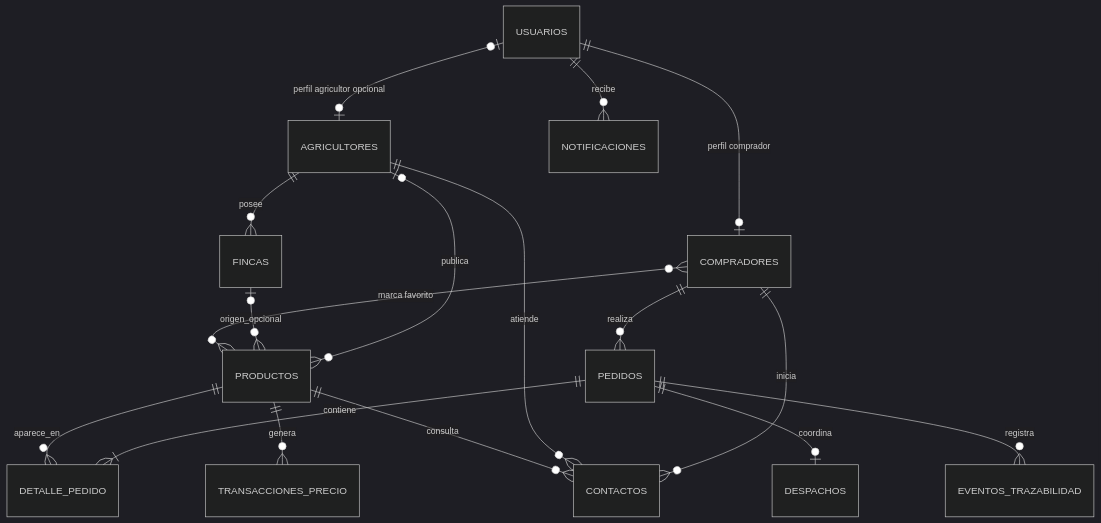
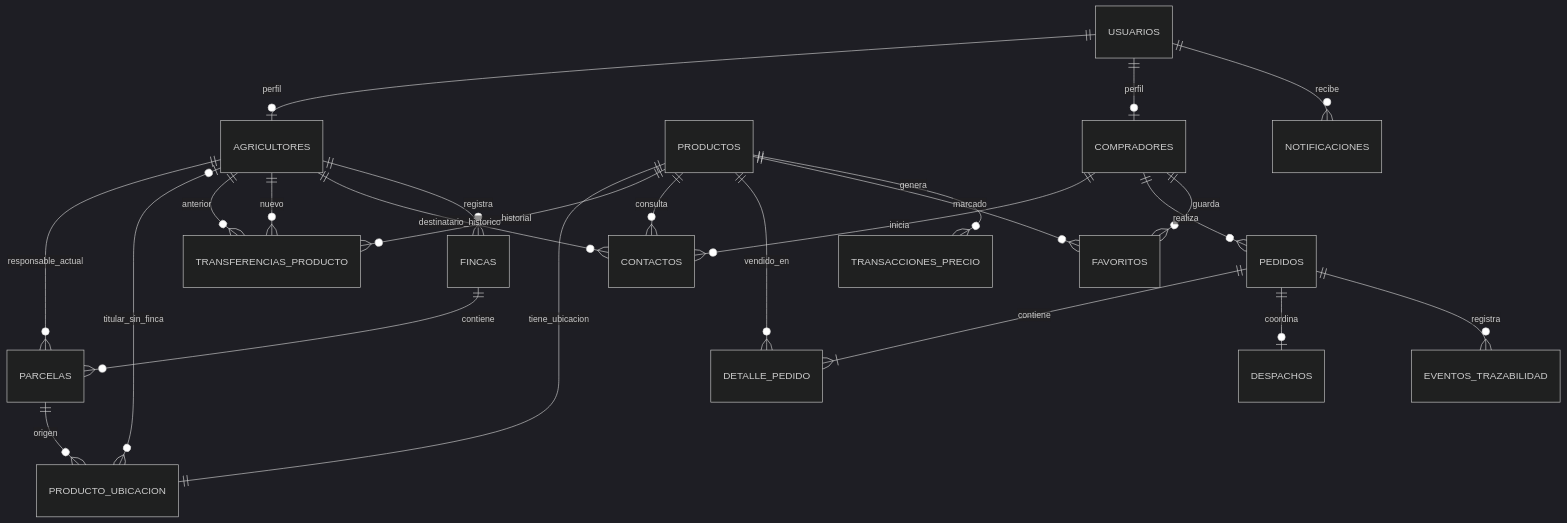
The diagram in docs/diseno/modelo-entidad-relacion.mmd (santixit/agrovalle-connect), drawn with Mermaid (dark theme) before and after one commit. The commit also changed 41 other files, not shown here.

```diff
--- a/docs/diseno/modelo-entidad-relacion.mmd
+++ b/docs/diseno/modelo-entidad-relacion.mmd
@@ -1,19 +1,24 @@
 erDiagram
-    USUARIOS o|--o| AGRICULTORES : "perfil agricultor opcional"
-    USUARIOS ||--o| COMPRADORES : "perfil comprador"
-    AGRICULTORES ||--o{ FINCAS : posee
-    AGRICULTORES o|--o{ PRODUCTOS : publica
-    FINCAS o|--o{ PRODUCTOS : origen_opcional
+    FINCAS ||--o{ PARCELAS : contiene
+    AGRICULTORES ||--o{ PARCELAS : responsable_actual
+    PARCELAS ||--o{ PRODUCTO_UBICACION : origen
+    PRODUCTOS ||--|| PRODUCTO_UBICACION : tiene_ubicacion
+    AGRICULTORES o|--o{ PRODUCTO_UBICACION : titular_sin_finca
+    PRODUCTOS ||--o{ TRANSFERENCIAS_PRODUCTO : historial
+    AGRICULTORES ||--o{ TRANSFERENCIAS_PRODUCTO : anterior
+    AGRICULTORES ||--o{ TRANSFERENCIAS_PRODUCTO : nuevo
+    COMPRADORES ||--o{ CONTACTOS : inicia
+    PRODUCTOS ||--o{ CONTACTOS : consulta
+    AGRICULTORES ||--o{ CONTACTOS : destinatario_historico
+    USUARIOS ||--o| AGRICULTORES : perfil
+    USUARIOS ||--o| COMPRADORES : perfil
+    AGRICULTORES ||--o{ FINCAS : registra
     COMPRADORES ||--o{ PEDIDOS : realiza
     PEDIDOS ||--|{ DETALLE_PEDIDO : contiene
-    PRODUCTOS ||--o{ DETALLE_PEDIDO : aparece_en
-    COMPRADORES ||--o{ CONTACTOS : inicia
-    AGRICULTORES ||--o{ CONTACTOS : atiende
-    PRODUCTOS ||--o{ CONTACTOS : consulta
-    COMPRADORES }o--o{ PRODUCTOS : "marca favorito"
-    USUARIOS ||--o{ NOTIFICACIONES : recibe
-    PRODUCTOS ||--o{ TRANSACCIONES_PRECIO : genera
+    PRODUCTOS ||--o{ DETALLE_PEDIDO : vendido_en
     PEDIDOS ||--o| DESPACHOS : coordina
     PEDIDOS ||--o{ EVENTOS_TRAZABILIDAD : registra
-
-%% La relacion M:N de favoritos lleva el atributo fecha_guardado y se implementa como tabla puente en el DER fisico.
+    USUARIOS ||--o{ NOTIFICACIONES : recibe
+    COMPRADORES ||--o{ FAVORITOS : guarda
+    PRODUCTOS ||--o{ FAVORITOS : marcado
+    PRODUCTOS ||--o{ TRANSACCIONES_PRECIO : genera
```
